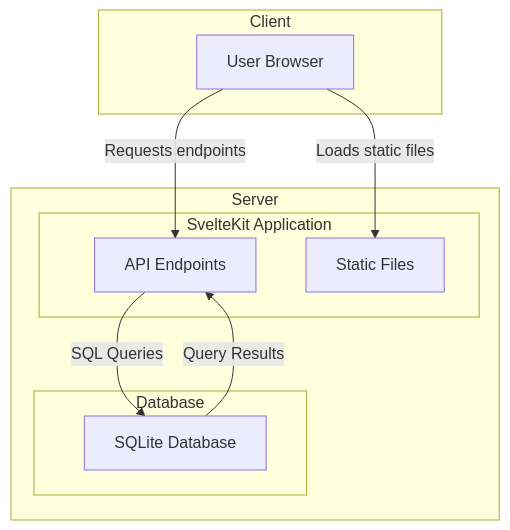
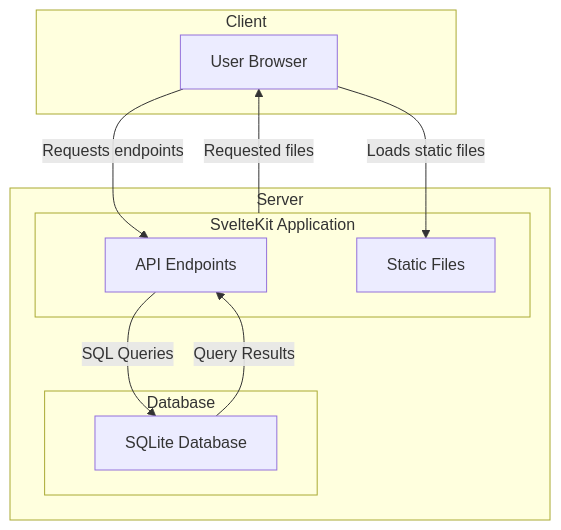
The diagram in docs/architecture.md (BiteHabits/web), drawn with Mermaid before and after one commit.

Commit message:
NO-ISSUE: Add SvelteKit response to graph

````diff
--- a/docs/architecture.md
+++ b/docs/architecture.md
@@ -9,22 +9,23 @@
 ```mermaid
 graph TD
     subgraph Client
       A[User Browser]
     end
 
     subgraph Server
         subgraph SvelteKit_App["SvelteKit Application"]
           B[API Endpoints]
           C[Static Files]
         end
 
         subgraph Database
           D[SQLite Database]
         end
     end
 
     A -->|Loads static files| C
     A -->|Requests endpoints| B
     B -->|SQL Queries| D
     D -->|Query Results| B
+    SvelteKit_App -->|Requested files| A
 ```
````
